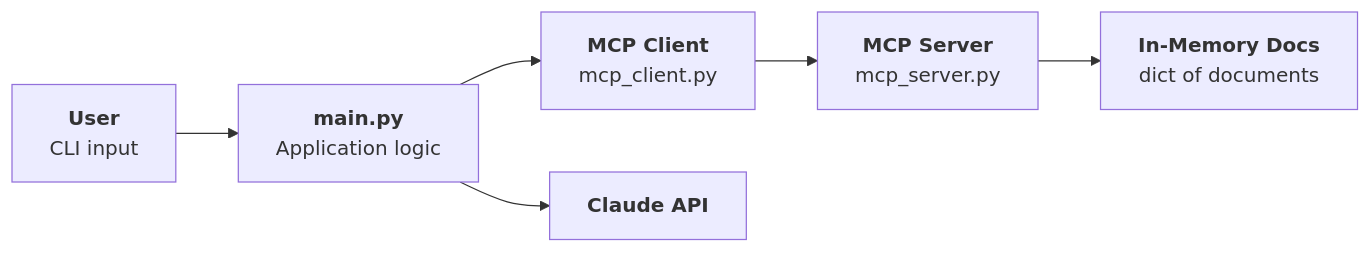
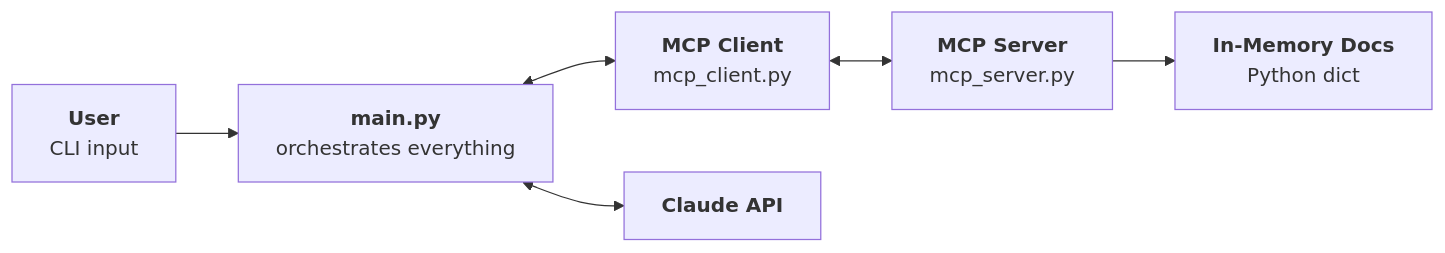
One commit to shreyabaid007/Claude-Certified-Architect changed the sixth of 12 diagrams in 02-Building-with-the-Claude-API/07-Model-Context-Protocol.md. Above: the diagram before and after it, drawn with Mermaid. The commit also changed other lines of this file, not shown here.

First line of the commit message:
Rewrite MCP notes as a teaching narrative

````diff
--- a/02-Building-with-the-Claude-API/07-Model-Context-Protocol.md
+++ b/02-Building-with-the-Claude-API/07-Model-Context-Protocol.md
@@ -189,8 +190,8 @@
 ```mermaid
 flowchart LR
-    A["<b>User</b><br/>CLI input"] --> B["<b>main.py</b><br/>Application logic"]
-    B --> C["<b>MCP Client</b><br/>mcp_client.py"]
-    C --> D["<b>MCP Server</b><br/>mcp_server.py"]
-    D --> E["<b>In-Memory Docs</b><br/>dict of documents"]
-    B --> F["<b>Claude API</b>"]
+    A["<b>User</b><br/>CLI input"] --> B["<b>main.py</b><br/>orchestrates everything"]
+    B <--> C["<b>MCP Client</b><br/>mcp_client.py"]
+    C <--> D["<b>MCP Server</b><br/>mcp_server.py"]
+    D --> E["<b>In-Memory Docs</b><br/>Python dict"]
+    B <--> F["<b>Claude API</b>"]
 ```
````
